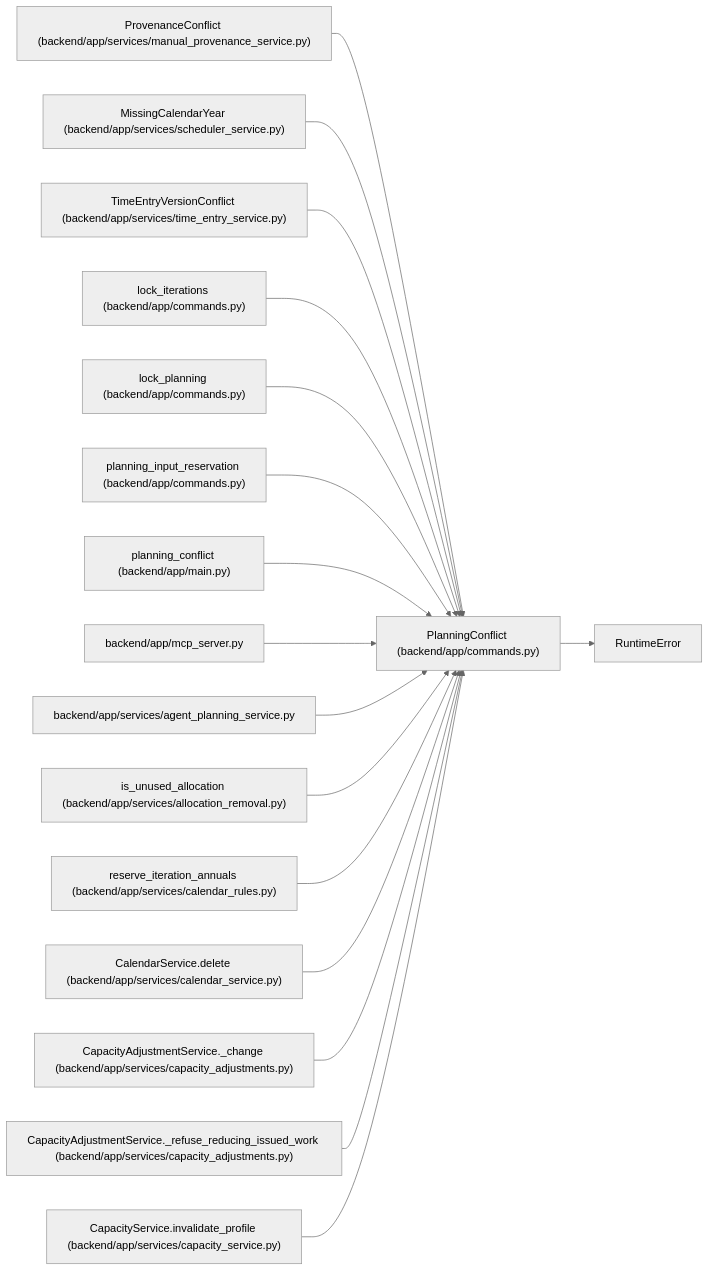
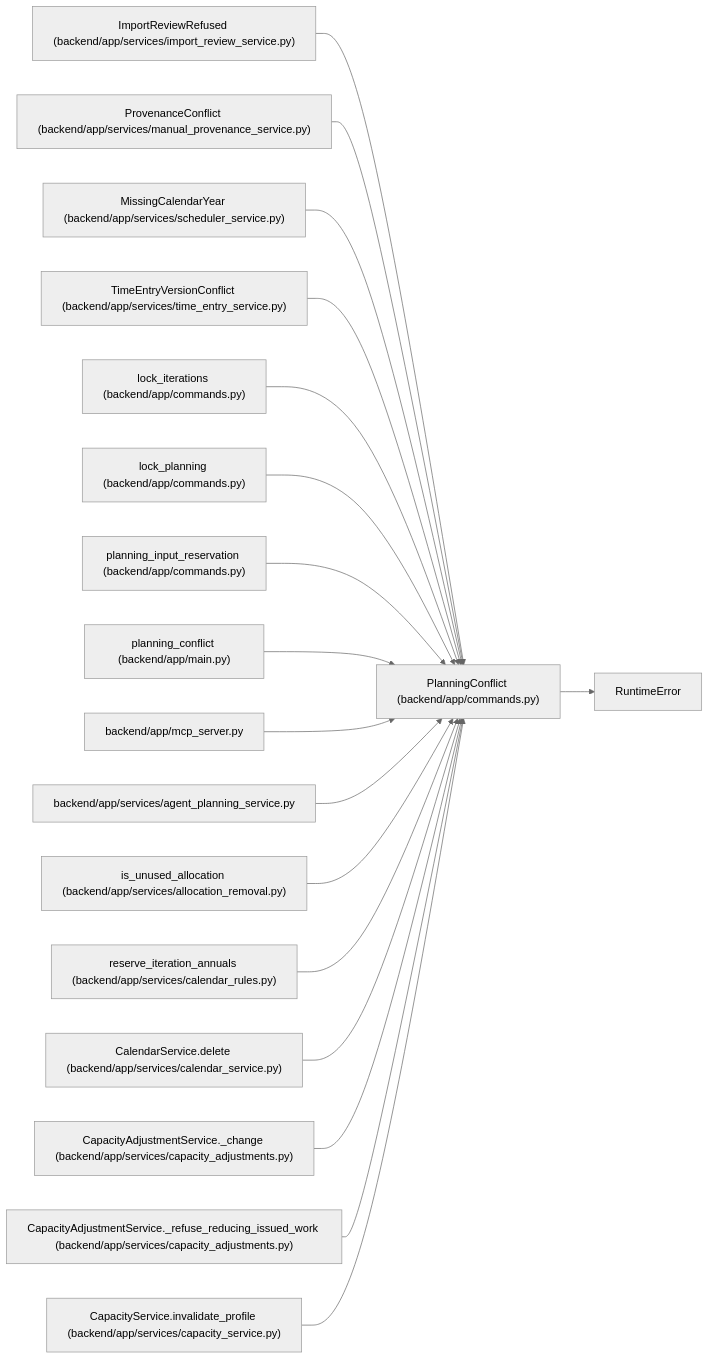
Before and after one commit to Denissvgn/WorkChord: the diagram in docs/llm_wiki/entities/PlanningConflict.md, drawn with Mermaid (neutral theme). The commit also changed other lines of this file and 791 other files, not shown here.

Commit message:
Sync the architectural wiki for the plan-import dry run

````diff
--- a/docs/llm_wiki/entities/PlanningConflict.md
+++ b/docs/llm_wiki/entities/PlanningConflict.md
@@ -26,52 +26,55 @@
 ```mermaid
 flowchart LR
     n0["PlanningConflict (backend/app/commands.py)"]
     n1["RuntimeError"]
-    n2["ProvenanceConflict (backend/app/services/manual_provenance_service.py)"]
-    n3["MissingCalendarYear (backend/app/services/scheduler_service.py)"]
-    n4["TimeEntryVersionConflict (backend/app/services/time_entry_service.py)"]
-    n5["lock_iterations (backend/app/commands.py)"]
-    n6["lock_planning (backend/app/commands.py)"]
-    n7["planning_input_reservation (backend/app/commands.py)"]
-    n8["planning_conflict (backend/app/main.py)"]
-    n9["backend/app/mcp_server.py"]
-    n10["backend/app/services/agent_planning_service.py"]
-    n11["is_unused_allocation (backend/app/services/allocation_removal.py)"]
-    n12["reserve_iteration_annuals (backend/app/services/calendar_rules.py)"]
-    n13["CalendarService.delete (backend/app/services/calendar_service.py)"]
-    n14["CapacityAdjustmentService._change (backend/app/services/capacity_adjustments.py)"]
-    n15["CapacityAdjustmentService._refuse_reducing_issued_work (backend/app/services/capacity_adjustments.py)"]
-    n16["CapacityService.invalidate_profile (backend/app/services/capacity_service.py)"]
+    n2["ImportReviewRefused (backend/app/services/import_review_service.py)"]
+    n3["ProvenanceConflict (backend/app/services/manual_provenance_service.py)"]
+    n4["MissingCalendarYear (backend/app/services/scheduler_service.py)"]
+    n5["TimeEntryVersionConflict (backend/app/services/time_entry_service.py)"]
+    n6["lock_iterations (backend/app/commands.py)"]
+    n7["lock_planning (backend/app/commands.py)"]
+    n8["planning_input_reservation (backend/app/commands.py)"]
+    n9["planning_conflict (backend/app/main.py)"]
+    n10["backend/app/mcp_server.py"]
+    n11["backend/app/services/agent_planning_service.py"]
+    n12["is_unused_allocation (backend/app/services/allocation_removal.py)"]
+    n13["reserve_iteration_annuals (backend/app/services/calendar_rules.py)"]
+    n14["CalendarService.delete (backend/app/services/calendar_service.py)"]
+    n15["CapacityAdjustmentService._change (backend/app/services/capacity_adjustments.py)"]
+    n16["CapacityAdjustmentService._refuse_reducing_issued_work (backend/app/services/capacity_adjustments.py)"]
+    n17["CapacityService.invalidate_profile (backend/app/services/capacity_service.py)"]
     n0 --> n1
     n2 --> n0
     n3 --> n0
     n4 --> n0
     n5 --> n0
     n6 --> n0
     n7 --> n0
     n8 --> n0
     n9 --> n0
     n10 --> n0
     n11 --> n0
     n12 --> n0
     n13 --> n0
     n14 --> n0
     n15 --> n0
     n16 --> n0
+    n17 --> n0
     click n0 "../modules/commands.md"
-    click n2 "../modules/manual_provenance_service.md"
-    click n3 "../modules/scheduler_service.md"
-    click n4 "../modules/time_entry_service.md"
-    click n5 "../modules/commands.md"
+    click n2 "../modules/import_review_service.md"
+    click n3 "../modules/manual_provenance_service.md"
+    click n4 "../modules/scheduler_service.md"
+    click n5 "../modules/time_entry_service.md"
     click n6 "../modules/commands.md"
     click n7 "../modules/commands.md"
-    click n8 "../modules/app_main.md"
-    click n9 "../modules/mcp_server.md"
-    click n10 "../modules/agent_planning_service.md"
-    click n11 "../modules/allocation_removal.md"
-    click n12 "../modules/calendar_rules.md"
-    click n13 "../modules/calendar_service.md"
-    click n14 "../modules/capacity_adjustments.md"
+    click n8 "../modules/commands.md"
+    click n9 "../modules/app_main.md"
+    click n10 "../modules/mcp_server.md"
+    click n11 "../modules/agent_planning_service.md"
+    click n12 "../modules/allocation_removal.md"
+    click n13 "../modules/calendar_rules.md"
+    click n14 "../modules/calendar_service.md"
     click n15 "../modules/capacity_adjustments.md"
-    click n16 "../modules/capacity_service.md"
+    click n16 "../modules/capacity_adjustments.md"
+    click n17 "../modules/capacity_service.md"
 ```
````
